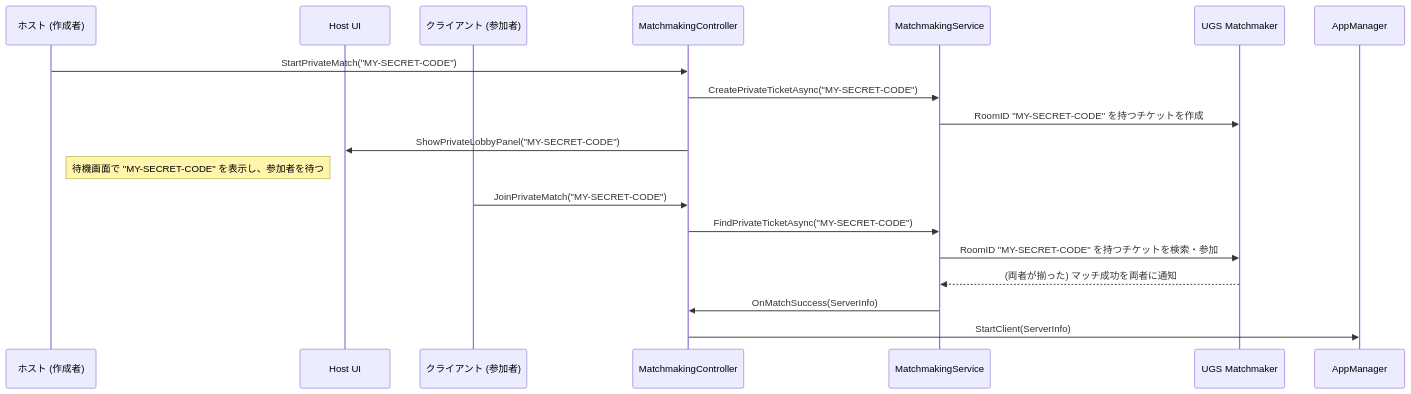
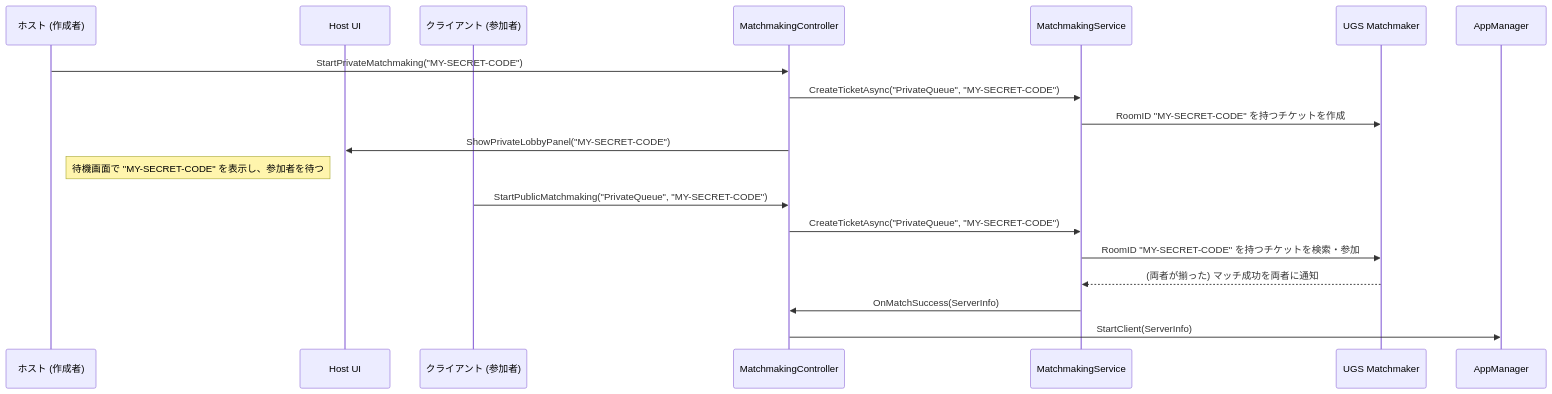
One commit to C4P3/TypingSurvivor changed the third of 3 diagrams in Assets/_Project/Features/Core/Matchmaking/Matchmaking-Design.md. Above: the diagram before and after it, drawn with Mermaid. The commit also changed other lines of this file and 11 other files, not shown here.

````diff
--- a/Assets/_Project/Features/Core/Matchmaking/Matchmaking-Design.md
+++ b/Assets/_Project/Features/Core/Matchmaking/Matchmaking-Design.md
@@ -128,24 +127,24 @@
 ```mermaid
 sequenceDiagram
     participant Host as ホスト (作成者)
     participant HostUI as Host UI
     participant Client as クライアント (参加者)
     participant Controller as MatchmakingController
     participant Service as MatchmakingService
     participant UGS as UGS Matchmaker
 
-    Host->>Controller: StartPrivateMatch("MY-SECRET-CODE")
-    Controller->>Service: CreatePrivateTicketAsync("MY-SECRET-CODE")
+    Host->>Controller: StartPrivateMatchmaking("MY-SECRET-CODE")
+    Controller->>Service: CreateTicketAsync("PrivateQueue", "MY-SECRET-CODE")
     Service->>UGS: RoomID "MY-SECRET-CODE" を持つチケットを作成
     
     Controller->>HostUI: ShowPrivateLobbyPanel("MY-SECRET-CODE")
     note right of Host: 待機画面で "MY-SECRET-CODE" を表示し、参加者を待つ
 
-    Client->>Controller: JoinPrivateMatch("MY-SECRET-CODE")
-    Controller->>Service: FindPrivateTicketAsync("MY-SECRET-CODE")
+    Client->>Controller: StartPublicMatchmaking("PrivateQueue", "MY-SECRET-CODE")
+    Controller->>Service: CreateTicketAsync("PrivateQueue", "MY-SECRET-CODE")
     Service->>UGS: RoomID "MY-SECRET-CODE" を持つチケットを検索・参加
     
     UGS-->>Service: (両者が揃った) マッチ成功を両者に通知
     Service->>Controller: OnMatchSuccess(ServerInfo)
     Controller->>AppManager: StartClient(ServerInfo)
 ```
````
